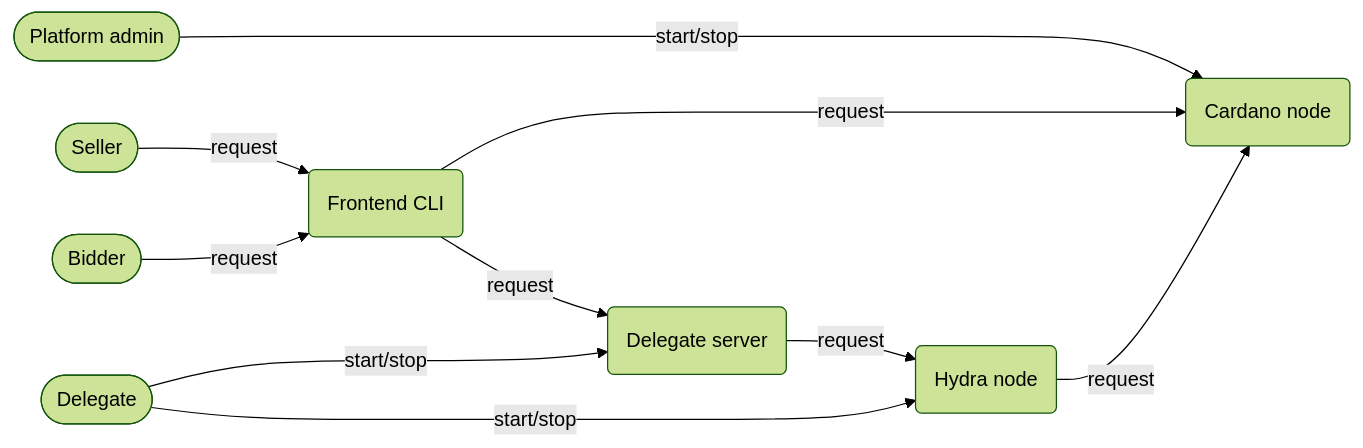
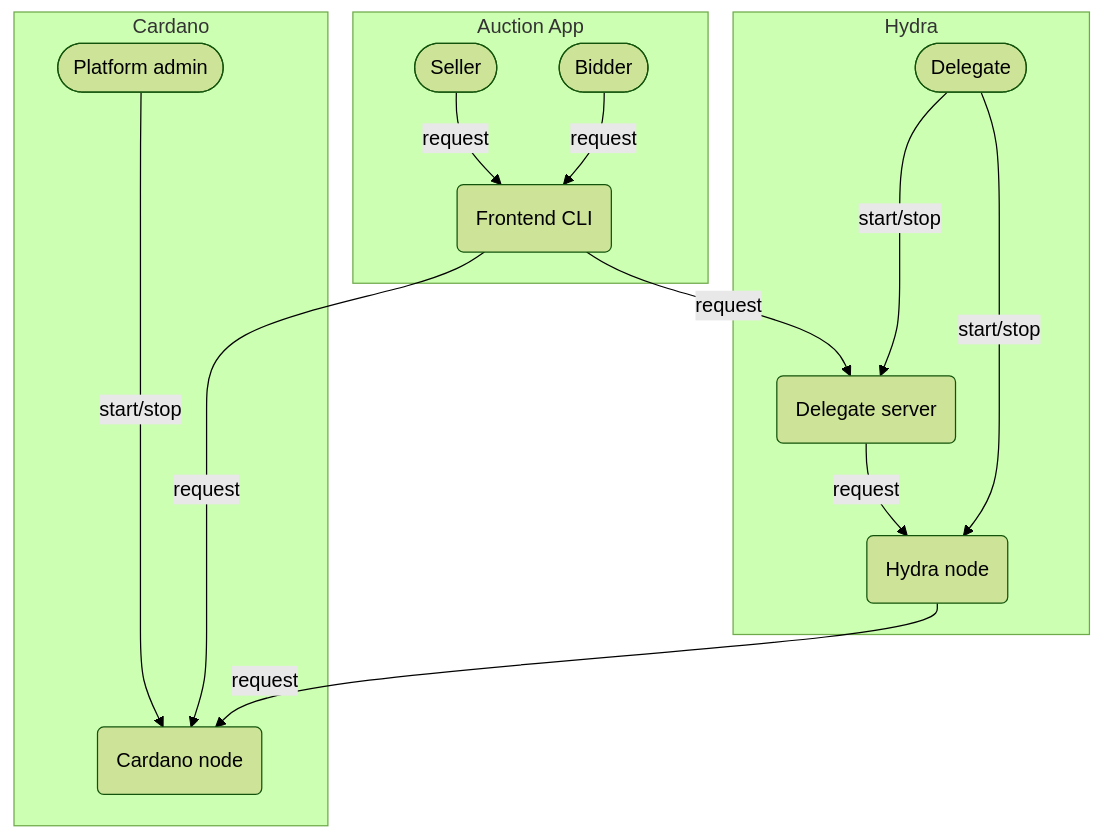
Before and after one commit to mlabs-haskell/hydra-auction: the diagram in doc/off_chain_spec.md, drawn with Mermaid (forest theme).

Commit message:
Use subgraphs in off-chain architecture graph

````diff
--- a/doc/off_chain_spec.md
+++ b/doc/off_chain_spec.md
@@ -7,23 +7,29 @@
 ```mermaid
-flowchart LR
-  seller([Seller])
-  bidder([Bidder])
-  delegate([Delegate])
-  admin([Platform admin])
-
-  frontend(Frontend CLI)
+flowchart TB
+  subgraph Auction App
+    seller([Seller])
+    bidder([Bidder])
+    frontend(Frontend CLI)
+  end
   
-  cardanoNode(Cardano node)
-  hydraNode(Hydra node)
-  delegateServer(Delegate server)
+  subgraph Hydra
+    delegate([Delegate])
+    delegateServer(Delegate server)
+    hydraNode(Hydra node)
+  end
+  
+  subgraph Cardano
+    admin([Platform admin])
+    cardanoNode(Cardano node)
+  end
 
   admin -- start/stop -----> cardanoNode
   seller -- request --> frontend
   bidder -- request --> frontend
   frontend -- request --> cardanoNode
   frontend -- request --> delegateServer
   delegateServer -- request --> hydraNode
   delegate -- start/stop ---> delegateServer
   delegate -- start/stop ---> hydraNode
   hydraNode -- request --> cardanoNode
 ```
````
